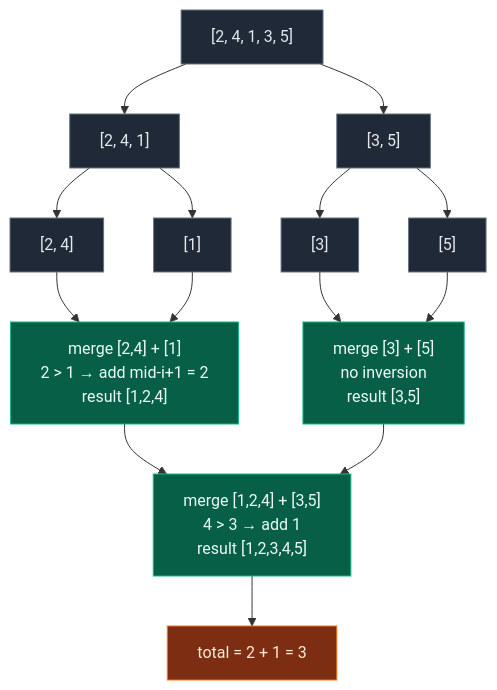
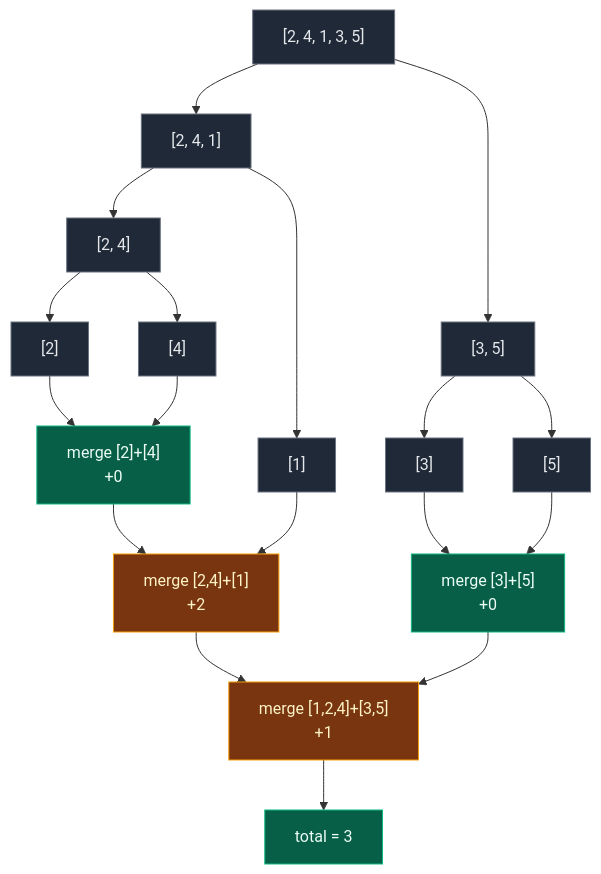
Before and after one commit to ajay-nikumbh/dsa-notes: the diagram in 01. Array/15. Merge Sort Counting/01. Count Inversions.md, drawn with Mermaid. The commit also changed other lines of this file and 85 other files, not shown here.

````diff
--- a/01. Array/15. Merge Sort Counting/01. Count Inversions.md
+++ b/01. Array/15. Merge Sort Counting/01. Count Inversions.md
@@ -46,27 +80,33 @@
 ```mermaid
 flowchart TD
-    A["[2, 4, 1, 3, 5]"]:::edge
-    B["[2, 4, 1]"]:::edge
-    C["[3, 5]"]:::edge
-    D["[2, 4]"]:::edge
-    E["[1]"]:::edge
-    F["[3]"]:::edge
-    G["[5]"]:::edge
+    A["[2, 4, 1, 3, 5]"]:::a
+    B["[2, 4, 1]"]:::a
+    C["[3, 5]"]:::a
+    D["[2, 4]"]:::a
+    E["[1]"]:::a
+    F["[3]"]:::a
+    G["[5]"]:::a
+    H["[2]"]:::a
+    I["[4]"]:::a
     A --> B
     A --> C
     B --> D
     B --> E
+    D --> H
+    D --> I
     C --> F
     C --> G
-    D --> M1["merge [2,4] + [1]<br/>2 &gt; 1 → add mid-i+1 = 2<br/>result [1,2,4]"]:::calc
-    E --> M1
-    F --> M2["merge [3] + [5]<br/>no inversion<br/>result [3,5]"]:::calc
-    G --> M2
-    M1 --> M3["merge [1,2,4] + [3,5]<br/>4 &gt; 3 → add 1<br/>result [1,2,3,4,5]"]:::calc
-    M2 --> M3
-    M3 --> T["total = 2 + 1 = 3"]:::total
+    H --> M1["merge [2]+[4]<br/>+0"]:::d
+    I --> M1
+    M1 --> M2["merge [2,4]+[1]<br/>+2"]:::c
+    E --> M2
+    F --> M3["merge [3]+[5]<br/>+0"]:::d
+    G --> M3
+    M2 --> M4["merge [1,2,4]+[3,5]<br/>+1"]:::c
+    M3 --> M4
+    M4 --> T["total = 3"]:::d
 
-    classDef edge fill:#1f2937,stroke:#6b7280,color:#e5e7eb
-    classDef calc fill:#065f46,stroke:#10b981,color:#ecfdf5
-    classDef total fill:#7c2d12,stroke:#f97316,color:#ffedd5
+    classDef a fill:#1f2937,stroke:#6b7280,color:#e5e7eb
+    classDef c fill:#78350f,stroke:#f59e0b,color:#fef3c7
+    classDef d fill:#065f46,stroke:#10b981,color:#ecfdf5
 ```
````
